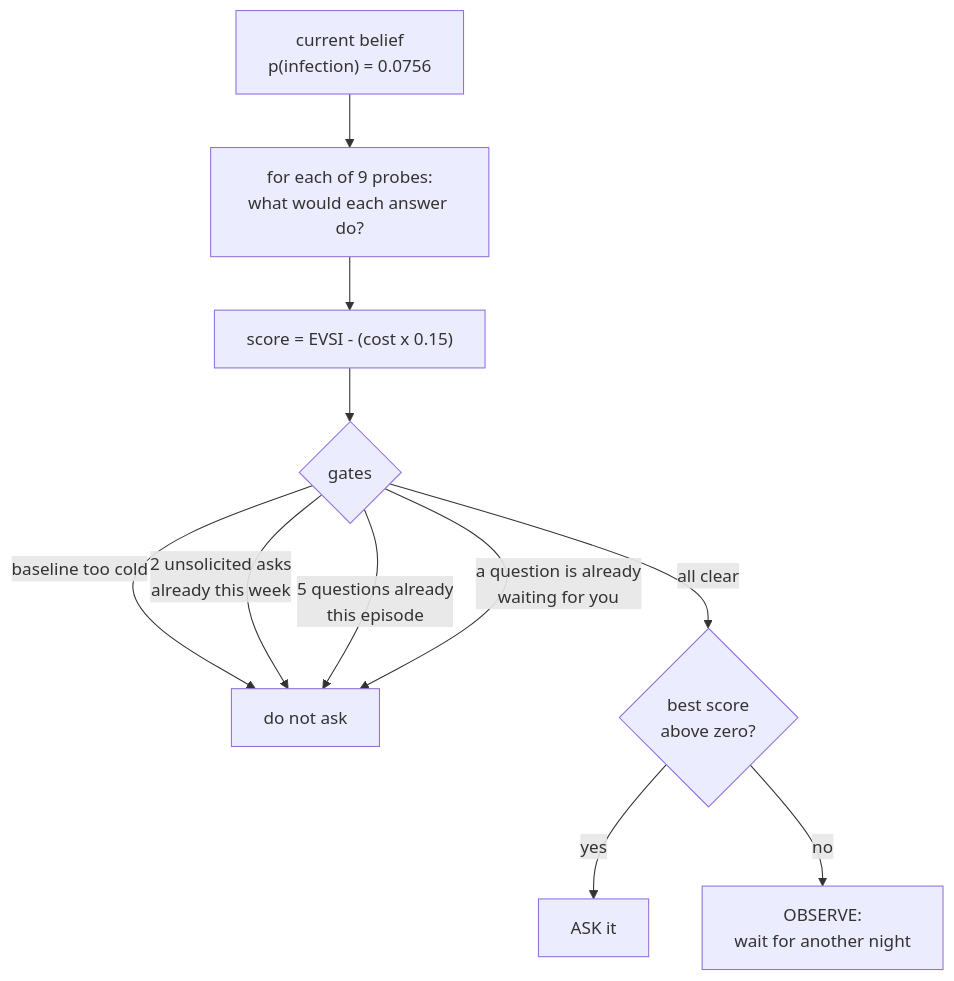
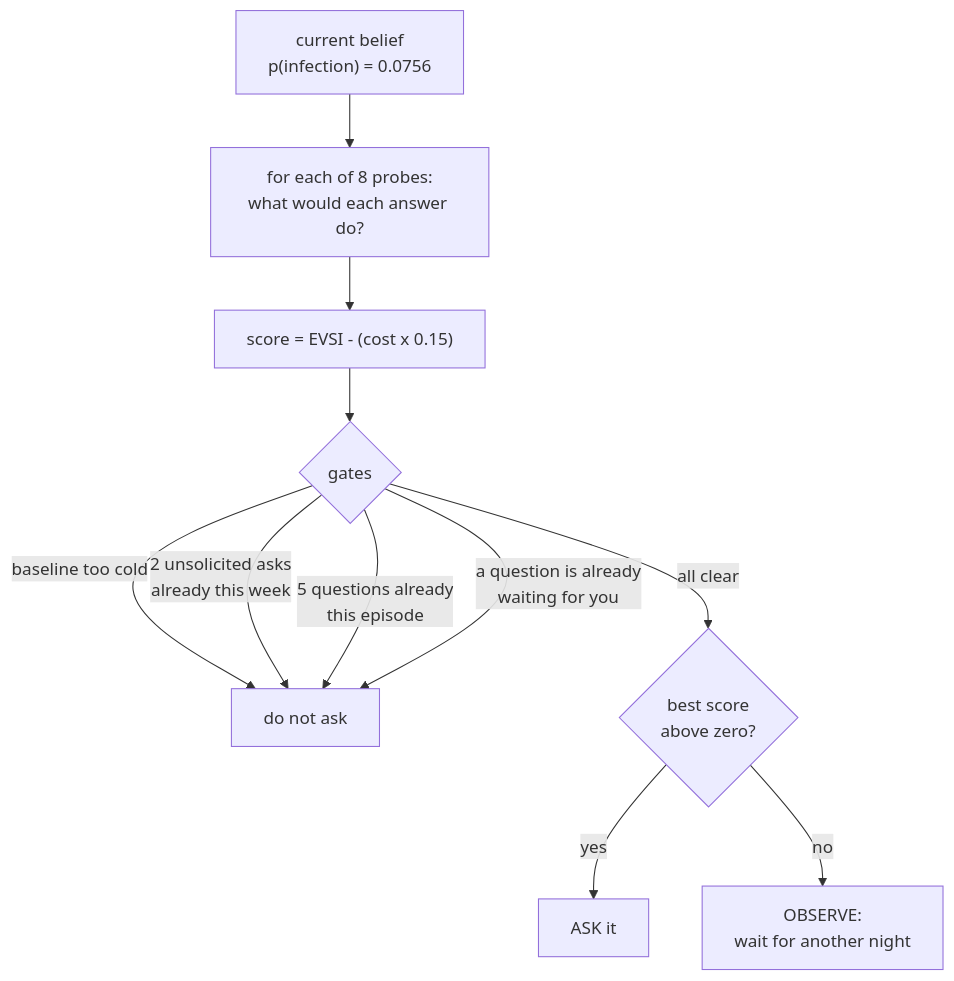
The seventh of 11 diagrams in docs/ARCHITECTURE.md (NatBrian/wearable-health-agent), drawn with Mermaid before and after one commit. The commit also changed other lines of this file and 4 other files, not shown here.

````diff
--- a/docs/ARCHITECTURE.md
+++ b/docs/ARCHITECTURE.md
@@ -716,13 +716,13 @@
 ```mermaid
 flowchart TB
-    B["current belief<br/>p(infection) = 0.0756"] --> E["for each of 9 probes:<br/>what would each answer do?"]
+    B["current belief<br/>p(infection) = 0.0756"] --> E["for each of 8 probes:<br/>what would each answer do?"]
     E --> S["score = EVSI - (cost x 0.15)"]
     S --> G{"gates"}
     G -->|"baseline too cold"| NO["do not ask"]
     G -->|"2 unsolicited asks<br/>already this week"| NO
     G -->|"5 questions already<br/>this episode"| NO
     G -->|"a question is already<br/>waiting for you"| NO
     G -->|"all clear"| T{"best score<br/>above zero?"}
     T -->|"yes"| ASK["ASK it"]
     T -->|"no"| OBS["OBSERVE:<br/>wait for another night"]
 ```
````
